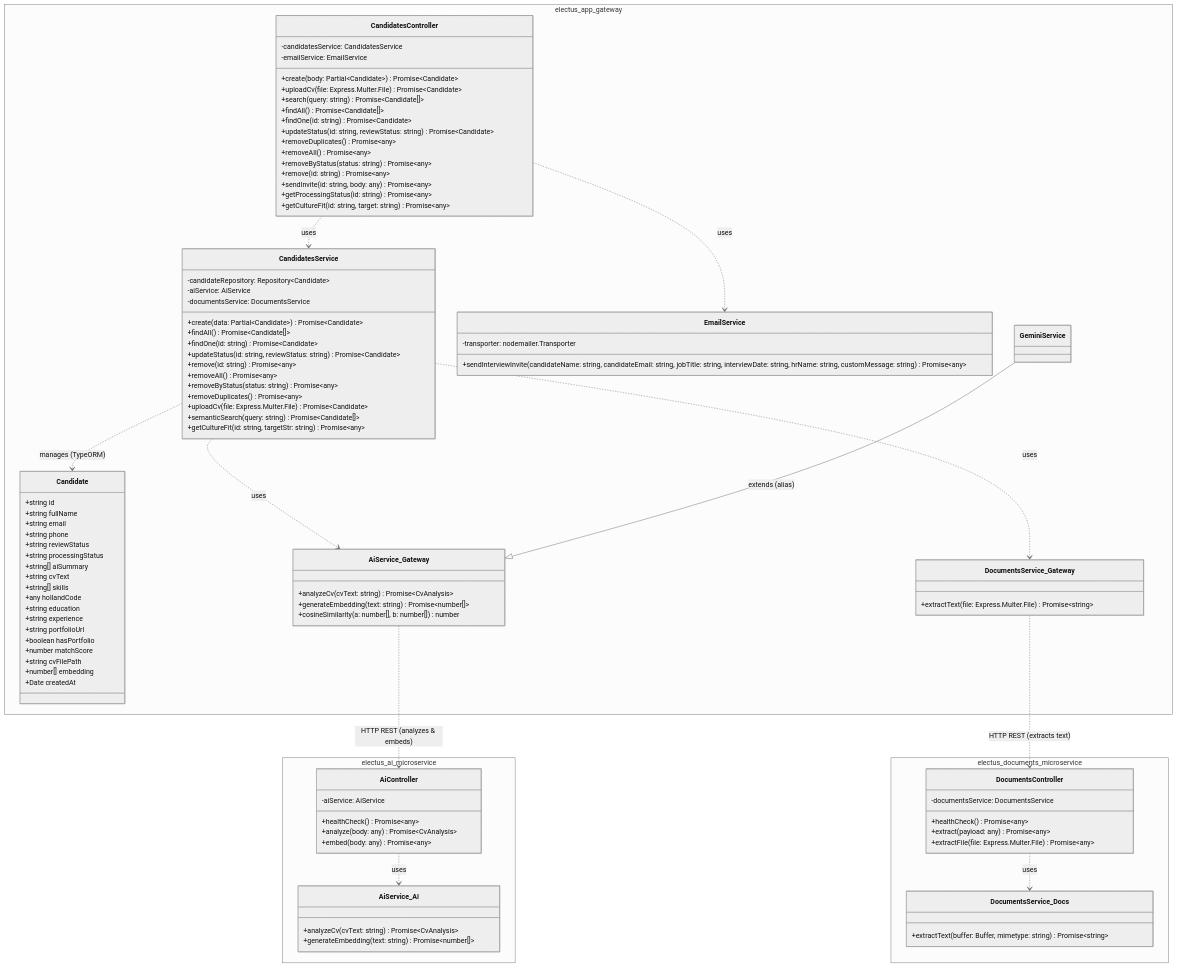
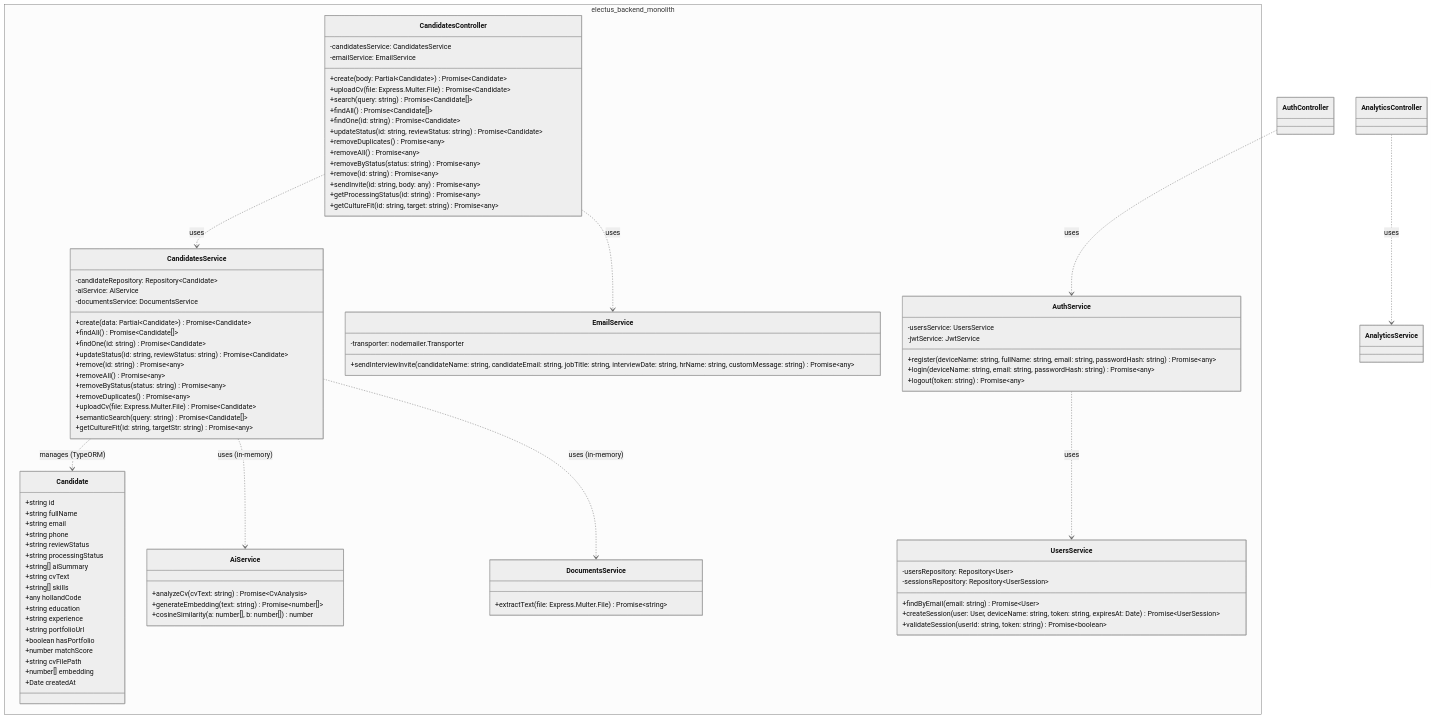
One commit to OlanIsm/Electus-PROJECT changed the diagram in class_diagram.md. Above: the diagram before and after it, drawn with Mermaid (neutral theme). The commit also changed other lines of this file and 53764 other files, not shown here.

Commit message:
chore(architecture): delete deprecated microservices folders and update README and class diagram for modular monolith

````diff
--- a/class_diagram.md
+++ b/class_diagram.md
@@ -10,18 +10,15 @@
   CandidatesController ..> CandidatesService : uses
   CandidatesController ..> EmailService : uses
   CandidatesService ..> Candidate : manages (TypeORM)
-  CandidatesService ..> AiService_Gateway : uses
-  CandidatesService ..> DocumentsService_Gateway : uses
-  GeminiService --|> AiService_Gateway : extends (alias)
+  CandidatesService ..> AiService : uses (in-memory)
+  CandidatesService ..> DocumentsService : uses (in-memory)
   
-  AiController ..> AiService_AI : uses
-  DocumentsController ..> DocumentsService_Docs : uses
-
-  AiService_Gateway ..> AiController : HTTP REST (analyzes & embeds)
-  DocumentsService_Gateway ..> DocumentsController : HTTP REST (extracts text)
+  AuthController ..> AuthService : uses
+  AuthService ..> UsersService : uses
+  AnalyticsController ..> AnalyticsService : uses
 
   %% Service Groups
-  namespace electus_app_gateway {
+  namespace electus_backend_monolith {
     class Candidate {
       +string id
       +string fullName
@@ -78,17 +75,13 @@
       +getCultureFit(id: string, targetStr: string) Promise~any~
     }
 
-    class AiService_Gateway {
+    class AiService {
       +analyzeCv(cvText: string) Promise~CvAnalysis~
       +generateEmbedding(text: string) Promise~number[]~
       +cosineSimilarity(a: number[], b: number[]) number
     }
 
-    class GeminiService {
-      %% Inherits all methods of AiService
-    }
-
-    class DocumentsService_Gateway {
+    class DocumentsService {
       +extractText(file: Express.Multer.File) Promise~string~
     }
 
@@ -96,32 +89,21 @@
       -transporter: nodemailer.Transporter
       +sendInterviewInvite(candidateName: string, candidateEmail: string, jobTitle: string, interviewDate: string, hrName: string, customMessage: string) Promise~any~
     }
-  }
 
-  namespace electus_ai_microservice {
-    class AiController {
-      -aiService: AiService
-      +healthCheck() Promise~any~
-      +analyze(body: any) Promise~CvAnalysis~
-      +embed(body: any) Promise~any~
+    class AuthService {
+      -usersService: UsersService
+      -jwtService: JwtService
+      +register(deviceName: string, fullName: string, email: string, passwordHash: string) Promise~any~
+      +login(deviceName: string, email: string, passwordHash: string) Promise~any~
+      +logout(token: string) Promise~any~
     }
 
-    class AiService_AI {
-      +analyzeCv(cvText: string) Promise~CvAnalysis~
-      +generateEmbedding(text: string) Promise~number[]~
-    }
-  }
-
-  namespace electus_documents_microservice {
-    class DocumentsController {
-      -documentsService: DocumentsService
-      +healthCheck() Promise~any~
-      +extract(payload: any) Promise~any~
-      +extractFile(file: Express.Multer.File) Promise~any~
-    }
-
-    class DocumentsService_Docs {
-      +extractText(buffer: Buffer, mimetype: string) Promise~string~
+    class UsersService {
+      -usersRepository: Repository~User~
+      -sessionsRepository: Repository~UserSession~
+      +findByEmail(email: string) Promise~User~
+      +createSession(user: User, deviceName: string, token: string, expiresAt: Date) Promise~UserSession~
+      +validateSession(userId: string, token: string) Promise~boolean~
     }
   }
 ```
````
